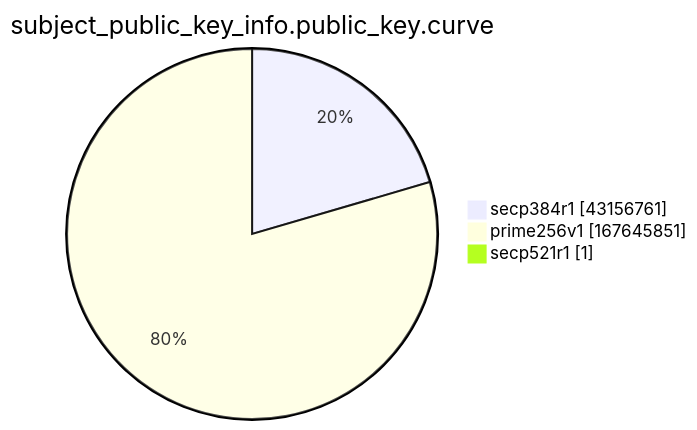
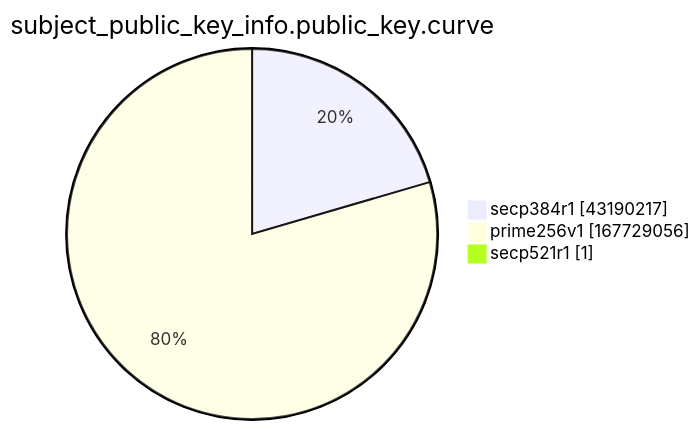
The ninth of 15 diagrams in xenon2022/README.md (christiankrug/ctmonitor_visualization), drawn with Mermaid before and after one commit. The commit also changed other lines of this file, not shown here.

````diff
--- a/xenon2022/README.md
+++ b/xenon2022/README.md
@@ -2869,7 +2869,7 @@
 ```mermaid
 pie showData
 title subject_public_key_info.public_key.curve
-"secp384r1" :43156761
-"prime256v1" :167645851
+"secp384r1" :43190217
+"prime256v1" :167729056
 "secp521r1" :1
 ```
````
